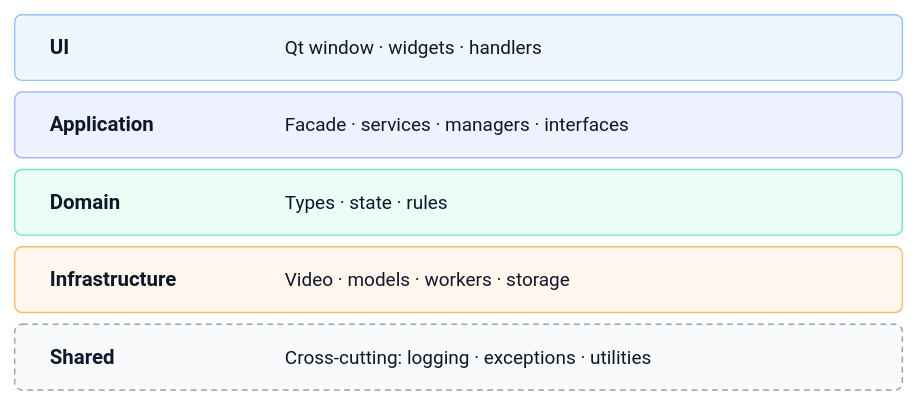
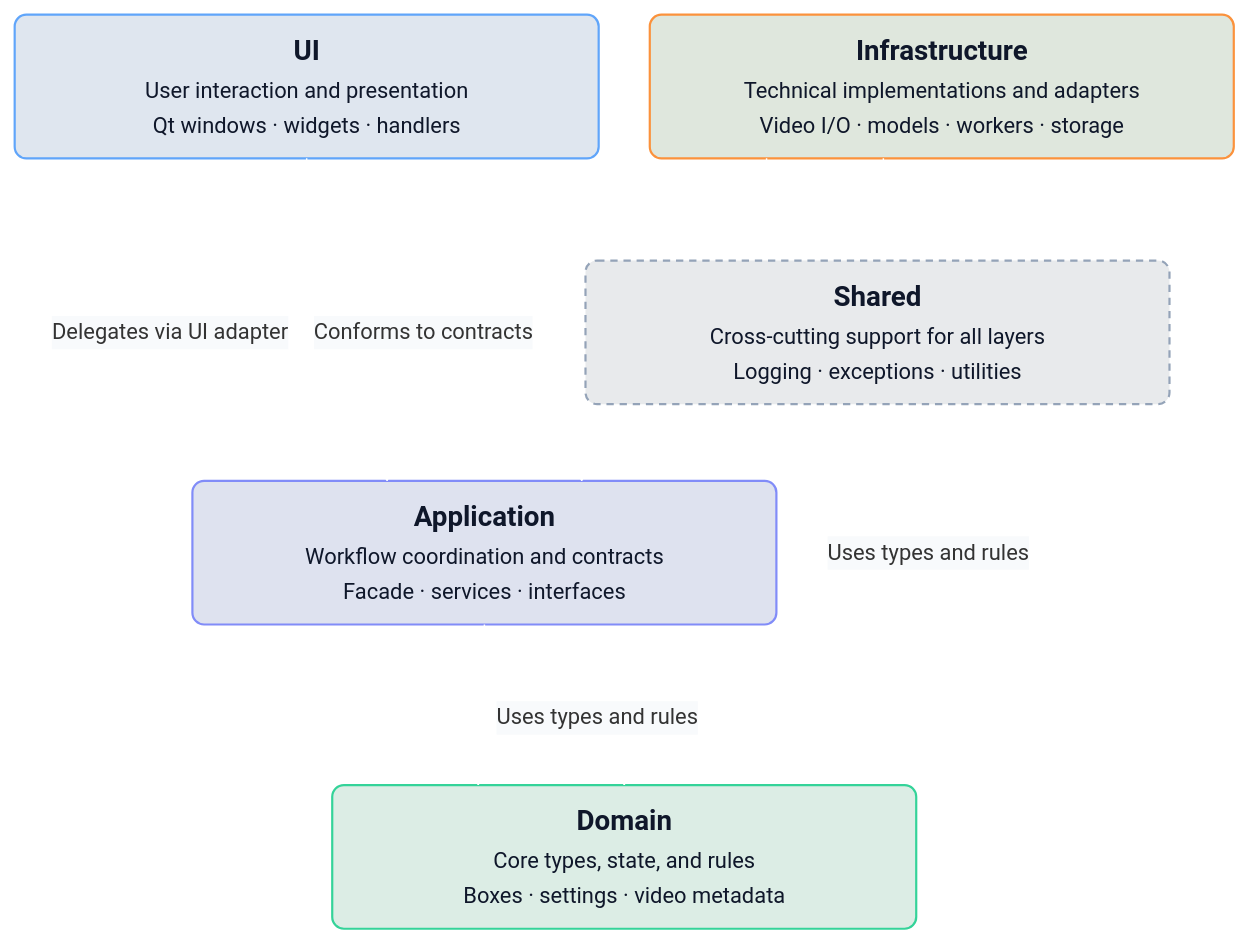
One commit to CodeRSTech/Blurzy changed the first of 2 diagrams in docs/architecture.md. Above: the diagram before and after it, drawn with Mermaid. The commit also changed other lines of this file and 4 other files, not shown here.

````diff
--- a/docs/architecture.md
+++ b/docs/architecture.md
@@ -11,25 +11,31 @@
 ```mermaid
-%%{init: {"theme": "base", "themeVariables": {"fontFamily": "Segoe UI, Arial, sans-serif", "fontSize": "14px"}, "flowchart": {"htmlLabels": true, "rankSpacing": 8, "padding": 12}}}%%
+%%{init: {"theme": "base", "layout": "elk", "themeVariables": {"fontFamily": "Roboto, Segoe UI, Arial, sans-serif", "fontSize": "15px", "lineColor": "#ffffff", "edgeLabelBackground": "#f8fafc", "textColor": "#0f172a"}, "elk": {"nodePlacementStrategy": "SIMPLE"}, "flowchart": {"htmlLabels": true, "useMaxWidth": true, "rankSpacing": 48, "nodeSpacing": 32, "padding": 10, "curve": "linear"}}}%%
 flowchart TB
-    UI["<div style='width:560px;text-align:left;white-space:nowrap'><span style='display:inline-block;width:145px;border-right:1px solid #cbd5e1;margin-right:16px'><b>UI</b></span><span style='font-size:13px;color:#475569'>Qt window · widgets · handlers</span></div>"]
-    APP["<div style='width:560px;text-align:left;white-space:nowrap'><span style='display:inline-block;width:145px;border-right:1px solid #cbd5e1;margin-right:16px'><b>Application</b></span><span style='font-size:13px;color:#475569'>Facade · services · managers · interfaces</span></div>"]
-    DOMAIN["<div style='width:560px;text-align:left;white-space:nowrap'><span style='display:inline-block;width:145px;border-right:1px solid #cbd5e1;margin-right:16px'><b>Domain</b></span><span style='font-size:13px;color:#475569'>Types · state · rules</span></div>"]
-    INFRA["<div style='width:560px;text-align:left;white-space:nowrap'><span style='display:inline-block;width:145px;border-right:1px solid #cbd5e1;margin-right:16px'><b>Infrastructure</b></span><span style='font-size:13px;color:#475569'>Video · models · workers · storage</span></div>"]
-    SHARED["<div style='width:560px;text-align:left;white-space:nowrap'><span style='display:inline-block;width:145px;border-right:1px solid #cbd5e1;margin-right:16px'><b>Shared</b></span><span style='font-size:13px;color:#475569'>Cross-cutting: logging · exceptions · utilities</span></div>"]
+    UI["<div style='width:360px;text-align:center;line-height:1.6;color:#0f172a'><b style='font-size:19px'>UI</b><br/>User interaction and presentation<br/><span style='color:#334155'>Qt windows · widgets · handlers</span></div>"]
+    APP["<div style='width:360px;text-align:center;line-height:1.6;color:#0f172a'><b style='font-size:19px'>Application</b><br/>Workflow coordination and contracts<br/><span style='color:#334155'>Facade · services · interfaces</span></div>"]
+    DOMAIN["<div style='width:360px;text-align:center;line-height:1.6;color:#0f172a'><b style='font-size:19px'>Domain</b><br/>Core types, state, and rules<br/><span style='color:#334155'>Boxes · settings · video metadata</span></div>"]
+    INFRA["<div style='width:360px;text-align:center;line-height:1.6;color:#0f172a'><b style='font-size:19px'>Infrastructure</b><br/>Technical implementations and adapters<br/><span style='color:#334155'>Video I/O · models · workers · storage</span></div>"]
+    SHARED["<div style='width:360px;text-align:center;line-height:1.6;color:#0f172a'><b style='font-size:19px'>Shared</b><br/>Cross-cutting support for all layers<br/><span style='color:#334155'>Logging · exceptions · utilities</span></div>"]
 
-    UI ~~~ APP ~~~ DOMAIN ~~~ INFRA ~~~ SHARED
+    UI -->|Delegates via UI adapter| APP
+    APP -->|Uses types and rules| DOMAIN
+    %% Invisible links establish visual order, not dependencies.
+    DOMAIN ~~~ INFRA
+    INFRA -->|Conforms to contracts| APP
+    INFRA -->|Uses types and rules| DOMAIN
+    INFRA ~~~ SHARED
 
-    classDef base color:#0f172a,stroke-width:1px,rx:5,ry:5;
-    classDef ui fill:#eff6ff,stroke:#93c5fd;
-    classDef app fill:#eef2ff,stroke:#a5b4fc;
-    classDef domain fill:#ecfdf5,stroke:#6ee7b7;
-    classDef infra fill:#fff7ed,stroke:#fdba74;
-    classDef shared fill:#f8fafc,stroke:#94a3b8,stroke-dasharray:4 3;
+    classDef base color:#0f172a,stroke-width:1.5px,rx:8,ry:8;
+    classDef ui fill:#dfe6ef,stroke:#60a5fa;
+    classDef app fill:#dee2ef,stroke:#818cf8;
+    classDef domain fill:#dcede5,stroke:#34d399;
+    classDef infra fill:#dfe7dd,stroke:#fb923c;
+    classDef shared fill:#e8eaec,stroke:#94a3b8,stroke-dasharray:5 4;
 
     class UI,APP,DOMAIN,INFRA,SHARED base;
     class UI ui;
     class APP app;
     class DOMAIN domain;
     class INFRA infra;
     class SHARED shared;
 ```
````
